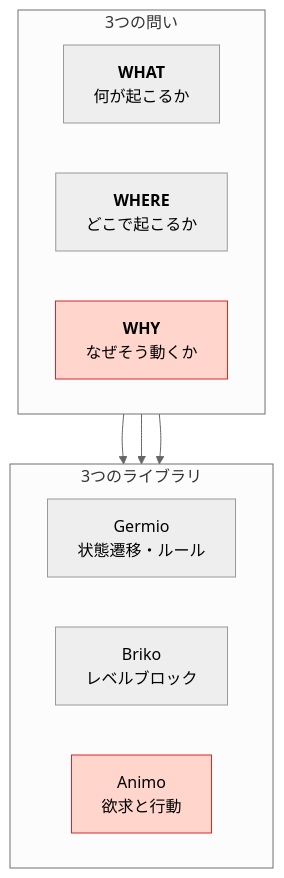
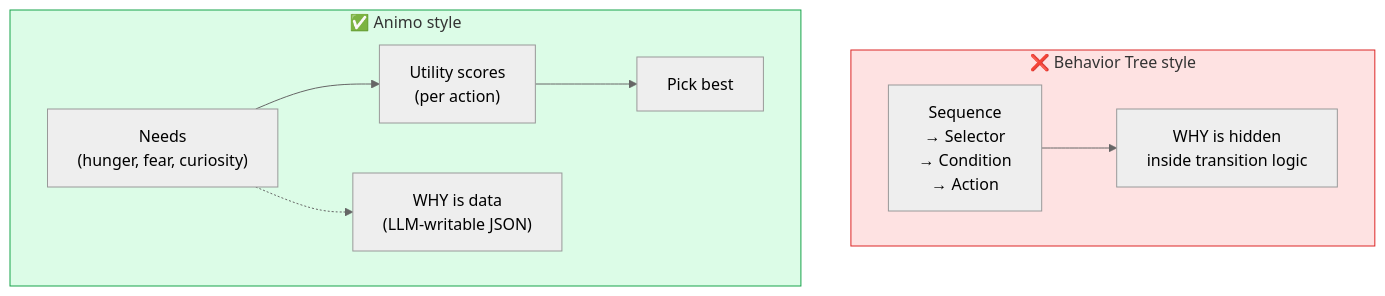
The third of 9 diagrams in README.md (hiroxpepe/animo), drawn with Mermaid (neutral theme) before and after one commit. The commit also changed other lines of this file and 7 other files, not shown here.

Commit message:
docs: Add the mermaid diagrams to the readme and the script

````diff
--- a/README.md
+++ b/README.md
@@ -68,20 +89,18 @@
 ```mermaid
 flowchart TB
-  subgraph Q["3つの問い"]
-    direction LR
-    QW["<b>WHAT</b><br/>何が起こるか"]
-    QH["<b>WHERE</b><br/>どこで起こるか"]
-    QY["<b>WHY</b><br/>なぜそう動くか"]
+  subgraph Old["❌ Behavior Tree style"]
+    BT["Sequence<br/>→ Selector<br/>→ Condition<br/>→ Action"]
+    BT_Why["WHY is hidden<br/>inside transition logic"]
+    BT --> BT_Why
   end
-  subgraph L["3つのライブラリ"]
-    direction LR
-    LG["Germio<br/>状態遷移・ルール"]
-    LB["Briko<br/>レベルブロック"]
-    LA["Animo<br/>欲求と行動"]
+  subgraph New["✅ Animo style"]
+    Need["Needs<br/>(hunger, fear, curiosity)"]
+    Score["Utility scores<br/>(per action)"]
+    Pick["Pick best"]
+    Need --> Score --> Pick
+    Why["WHY is data<br/>(LLM-writable JSON)"]
+    Need -.-> Why
   end
-  QW --> LG
-  QH --> LB
-  QY --> LA
-  style QY fill:#ffd5cc,stroke:#dc2626
-  style LA fill:#ffd5cc,stroke:#dc2626
+  style Old fill:#fee2e2,stroke:#dc2626
+  style New fill:#dcfce7,stroke:#16a34a
 ```
````
